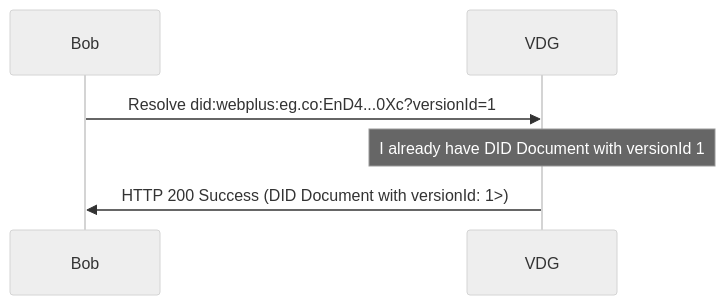
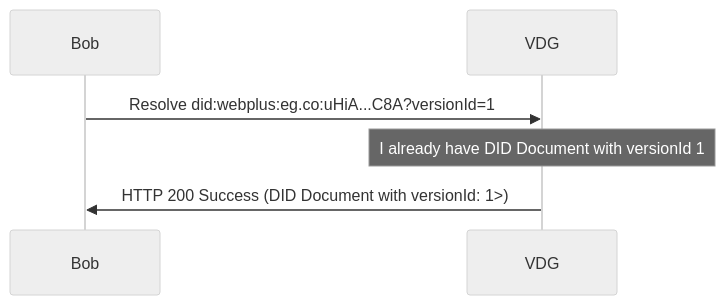
One commit to LedgerDomain/did-webplus-spec changed the tenth of 26 diagrams in spec.md. Above: the diagram before and after it, drawn with Mermaid (neutral theme). The commit also changed other lines of this file and 3 other files, not shown here.

````diff
--- a/spec.md
+++ b/spec.md
@@ -535,6 +476,6 @@
 ```mermaid
 sequenceDiagram
-    Bob->>VDG: Resolve did:webplus:eg.co:EnD4...0Xc?versionId=1
+    Bob->>VDG: Resolve did:webplus:eg.co:uHiA...C8A?versionId=1
     Note over VDG: I already have DID Document with versionId 1
     VDG->>Bob: HTTP 200 Success (DID Document with versionId: 1>)
 ```
````
